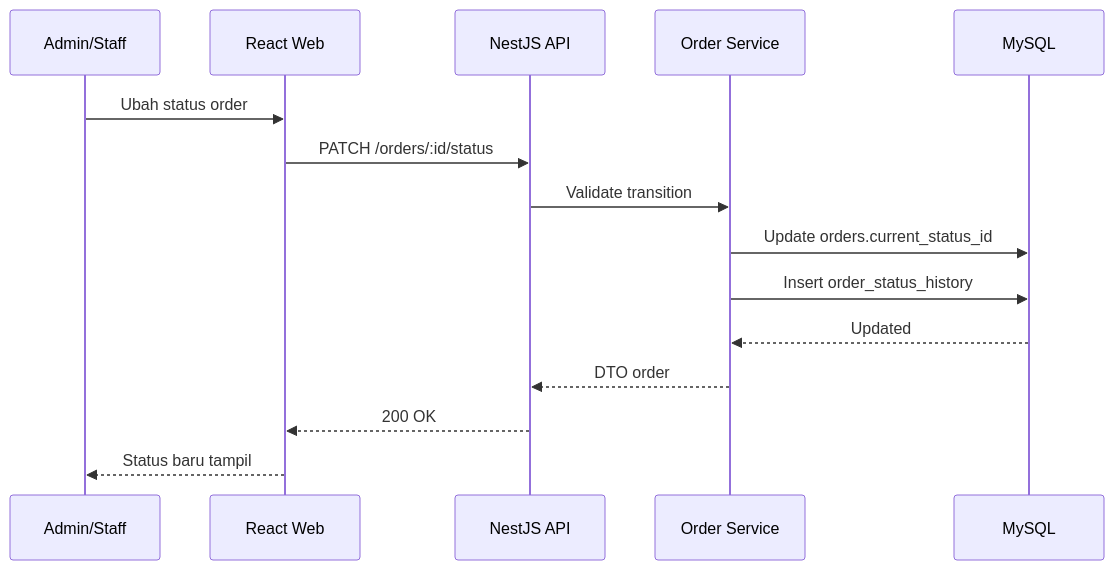
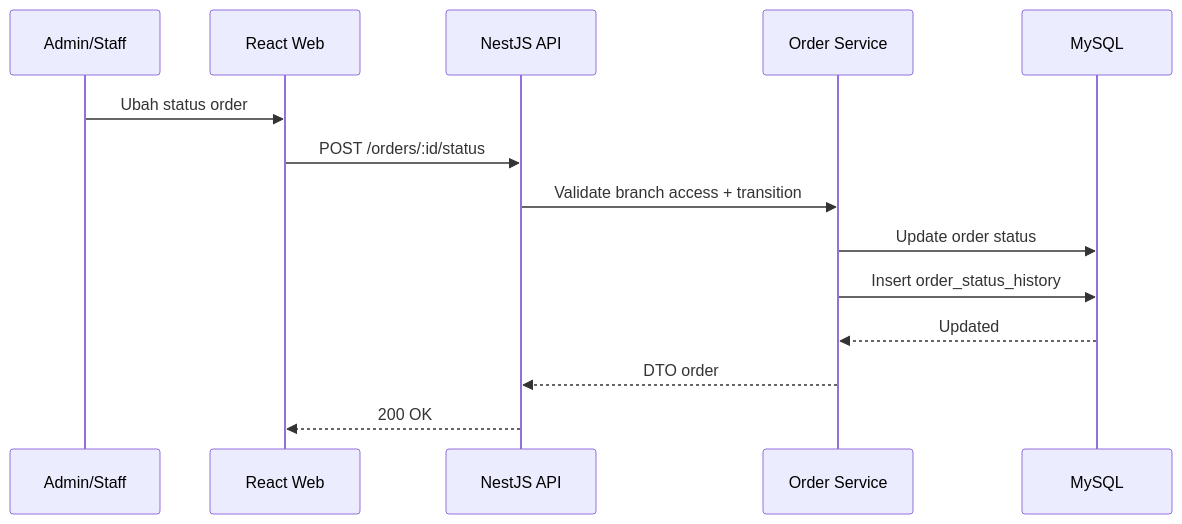
Before and after one commit to DimasPrasetio/mini-erp: the fourth of 11 diagrams in SYSTEM_FLOW.md, drawn with Mermaid. The commit also changed other lines of this file and 10 other files, not shown here.

````diff
--- a/SYSTEM_FLOW.md
+++ b/SYSTEM_FLOW.md
@@ -107,18 +100,17 @@
 ```mermaid
 sequenceDiagram
     participant U as Admin/Staff
     participant W as React Web
     participant API as NestJS API
     participant O as Order Service
     participant DB as MySQL
 
     U->>W: Ubah status order
-    W->>API: PATCH /orders/:id/status
-    API->>O: Validate transition
-    O->>DB: Update orders.current_status_id
+    W->>API: POST /orders/:id/status
+    API->>O: Validate branch access + transition
+    O->>DB: Update order status
     O->>DB: Insert order_status_history
     DB-->>O: Updated
     O-->>API: DTO order
     API-->>W: 200 OK
-    W-->>U: Status baru tampil
 ```
````
